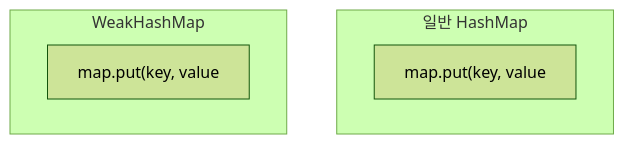
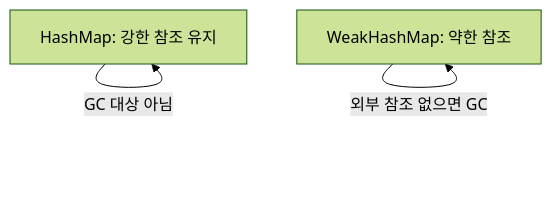
Diagram 16 of 21 in _posts/java/2026-05-01-java-collections.md (yjkim2015/yjkim2015.github.io), drawn with Mermaid (forest theme) before and after one commit. The commit also changed other lines of this file and 155 other files, not shown here.

First line of the commit message:
Mermaid 전면 수정: subgraph 제거, participant/노드/줄수 축소 (342블록)

````diff
--- a/_posts/java/2026-05-01-java-collections.md
+++ b/_posts/java/2026-05-01-java-collections.md
@@ -671,9 +648,7 @@
 ```mermaid
 graph TD
-    subgraph "일반 HashMap"
-        HM["map.put(key, value"]
-    end
-    subgraph "WeakHashMap"
-        WM["map.put(key, value"]
-    end
+    HM["HashMap: 강한 참조 유지"]
+    WM["WeakHashMap: 약한 참조"]
+    HM -->|"GC 대상 아님"| HM
+    WM -->|"외부 참조 없으면 GC"| WM
 ```
````
